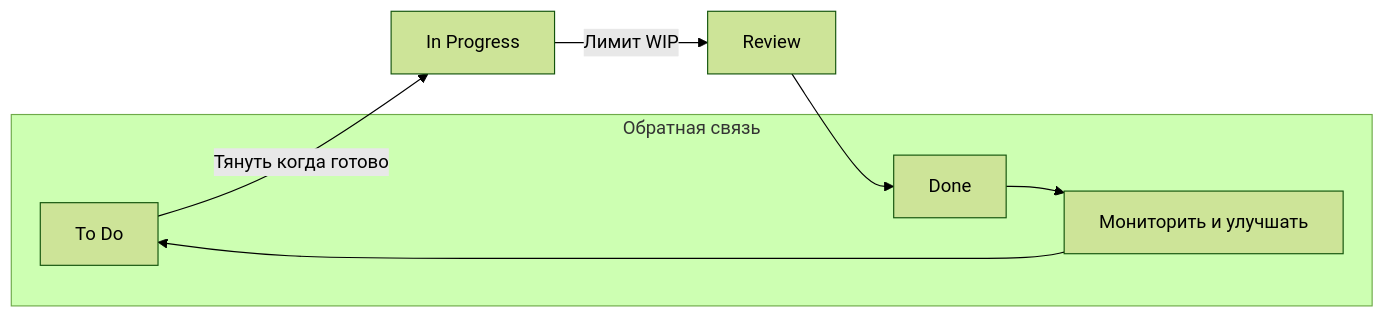
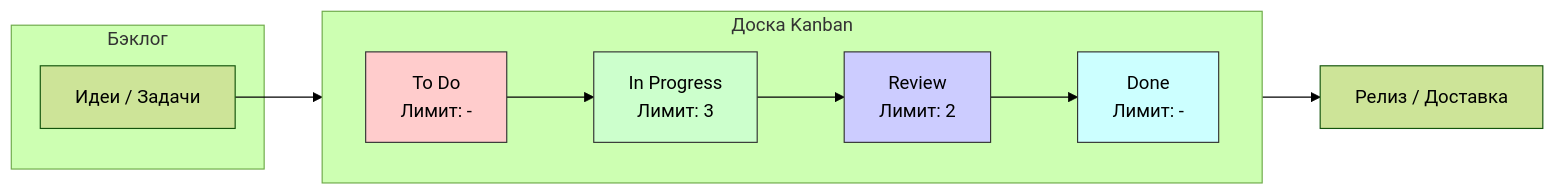
One commit to NuttyCheese/Obsidian changed the diagram in Swift/Теория/Архитектурные подходы/Методологии ведения проекта/Методология Kanban.md. Above: the diagram before and after it, drawn with Mermaid (forest theme). The commit also changed other lines of this file and 89 other files, not shown here.

````diff
--- a/Swift/Теория/Архитектурные подходы/Методологии ведения проекта/Методология Kanban.md
+++ b/Swift/Теория/Архитектурные подходы/Методологии ведения проекта/Методология Kanban.md
@@ -24,10 +48,21 @@
 ```mermaid
 flowchart LR
-    A[To Do] -->|Тянуть когда готово| B[In Progress]
-    B -->|Лимит WIP| C[Review]
-    C --> D[Done]
-    subgraph Обратная связь
-    D --> E[Мониторить и улучшать]
-    E --> A
+    subgraph Backlog [Бэклог]
+        A[Идеи / Задачи]
     end
+
+    subgraph Board [Доска Kanban]
+        direction LR
+        B[To Do<br>Лимит: -] --> C[In Progress<br>Лимит: 3]
+        C --> D[Review<br>Лимит: 2]
+        D --> E[Done<br>Лимит: -]
+    end
+
+    A --> B
+    E --> F[Релиз / Доставка]
+    
+    style B fill:#ffcccc,stroke:#333
+    style C fill:#ccffcc,stroke:#333
+    style D fill:#ccccff,stroke:#333
+    style E fill:#ccffff,stroke:#333
 ```
````
